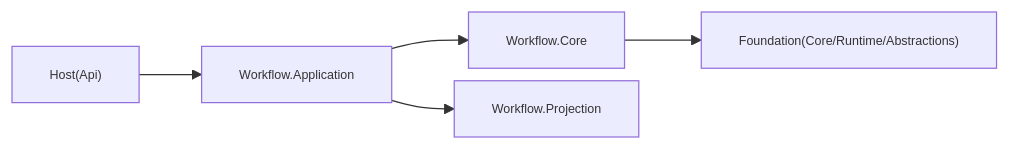
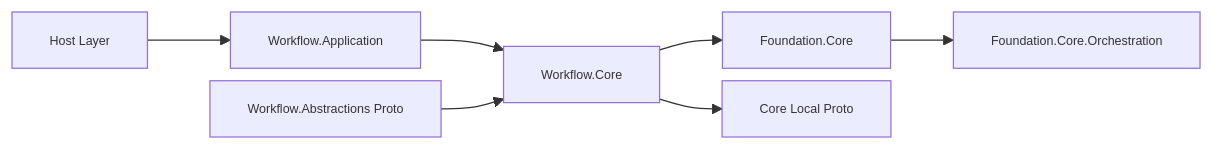
The first of 3 diagrams in docs/audit-scorecard/merge-dev-architecture-scorecard-2026-02-21.md (aevatarAI/aevatar), drawn with Mermaid before and after one commit. The commit also changed other lines of this file and 1 other file, not shown here.

First line of the commit message:
Update architecture scorecard audit results and test coverage

````diff
--- a/docs/audit-scorecard/merge-dev-architecture-scorecard-2026-02-21.md
+++ b/docs/audit-scorecard/merge-dev-architecture-scorecard-2026-02-21.md
@@ -78,8 +60,10 @@
 ```mermaid
 %%{init: {"maxTextSize": 100000, "flowchart": {"useMaxWidth": false, "nodeSpacing": 10, "rankSpacing": 50}, "themeVariables": {"fontSize": "10px"}}}%%
 flowchart LR
-  H["Host(Api)"] --> A["Workflow.Application"]
-  A --> C["Workflow.Core"]
-  A --> P["Workflow.Projection"]
-  C --> F["Foundation(Core/Runtime/Abstractions)"]
+  H["Host Layer"] --> APP["Workflow.Application"]
+  APP --> CORE["Workflow.Core"]
+  CORE --> FND["Foundation.Core"]
+  FND --> ORCH["Foundation.Core.Orchestration"]
+  CORE --> PROTO2["Core Local Proto"]
+  AB["Workflow.Abstractions Proto"] --> CORE
 ```
````
